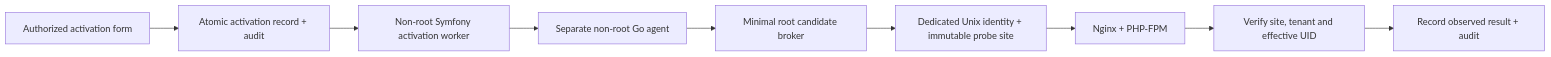
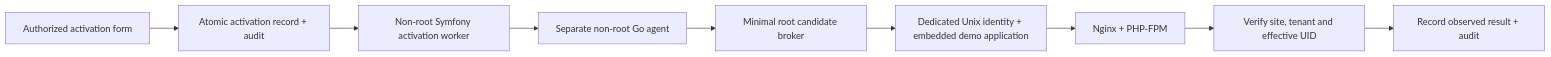
One commit to wcp360/wcp360 changed the diagram in documentation/development/ISOLATED-PROVISIONING.md. Above: the diagram before and after it, drawn with Mermaid. The commit also changed other lines of this file and 19 other files, not shown here.

```diff
--- a/documentation/development/ISOLATED-PROVISIONING.md
+++ b/documentation/development/ISOLATED-PROVISIONING.md
@@ -7,11 +7,11 @@
 ~~~mermaid
 flowchart LR
     UI[Authorized activation form] --> DB[Atomic activation record + audit]
     DB --> Worker[Non-root Symfony activation worker]
     Worker --> Agent[Separate non-root Go agent]
     Agent --> Broker[Minimal root candidate broker]
-    Broker --> Site[Dedicated Unix identity + immutable probe site]
+    Broker --> Site[Dedicated Unix identity + embedded demo application]
     Site --> HTTP[Nginx + PHP-FPM]
     HTTP --> Observe[Verify site, tenant and effective UID]
     Observe --> Outcome[Record observed result + audit]
 ~~~
```
